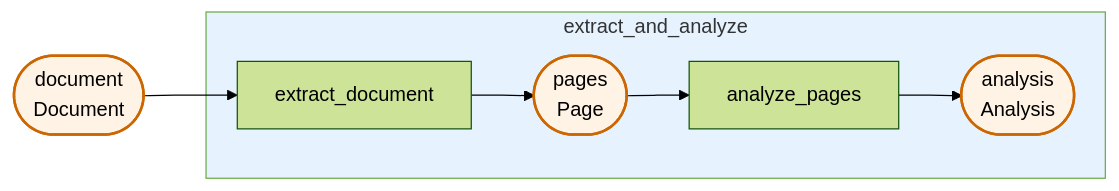
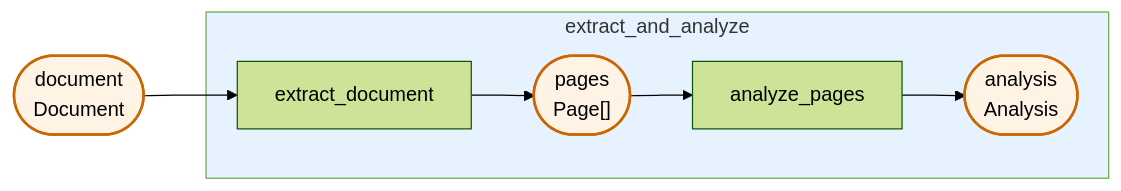
The diagram in data/pipelines/pipeline_02/dry_run_mermaidflow.mmd (Pipelex/mthds-ui), drawn with Mermaid (forest theme) before and after one commit. The commit also changed 189 other files, not shown here.

```diff
--- a/data/pipelines/pipeline_02/dry_run_mermaidflow.mmd
+++ b/data/pipelines/pipeline_02/dry_run_mermaidflow.mmd
@@ -1,26 +1,26 @@
 flowchart LR
 
     %% Pipe and stuff nodes within controller subgraphs
-    subgraph sg_n_8667478ca1["extract_and_analyze"]
-        n_2606043115["analyze_pages"]
-        s_76c823a01d(["analysis<br/>Analysis"]):::stuff
-        n_bfb02100bf["extract_document"]
-        s_84fd27ca89(["pages<br/>Page"]):::stuff
+    subgraph sg_n_417ccaea78["extract_and_analyze"]
+        n_dd3a1f4b20["analyze_pages"]
+        s_b78b153fde(["analysis<br/>Analysis"]):::stuff
+        n_db796892d6["extract_document"]
+        s_daef407c30(["pages<br/>Page#91;#93;"]):::stuff
     end
 
     %% Pipeline input stuff nodes (no producer)
-    s_8109d1bfa3(["document<br/>Document"]):::stuff
+    s_774ed39a20(["document<br/>Document"]):::stuff
 
     %% Data flow edges: producer -> stuff -> consumer
-    n_bfb02100bf --> s_84fd27ca89
-    n_2606043115 --> s_76c823a01d
-    s_84fd27ca89 --> n_2606043115
-    s_8109d1bfa3 --> n_bfb02100bf
+    n_dd3a1f4b20 --> s_b78b153fde
+    n_db796892d6 --> s_daef407c30
+    s_774ed39a20 --> n_db796892d6
+    s_daef407c30 --> n_dd3a1f4b20
 
     %% Style definitions
     classDef failed fill:#ffcccc,stroke:#cc0000
     classDef stuff fill:#fff3e6,stroke:#cc6600,stroke-width:2px
     classDef controller fill:#e6f3ff,stroke:#0066cc
 
     %% Subgraph depth-based coloring
-    style sg_n_8667478ca1 fill:#e6f3ff
+    style sg_n_417ccaea78 fill:#e6f3ff
```
